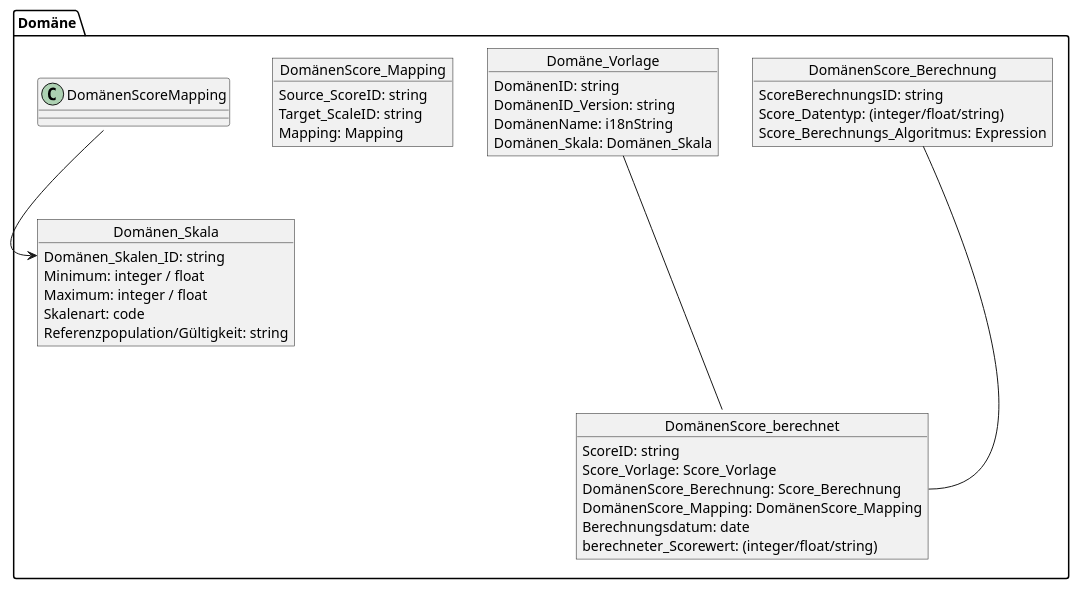
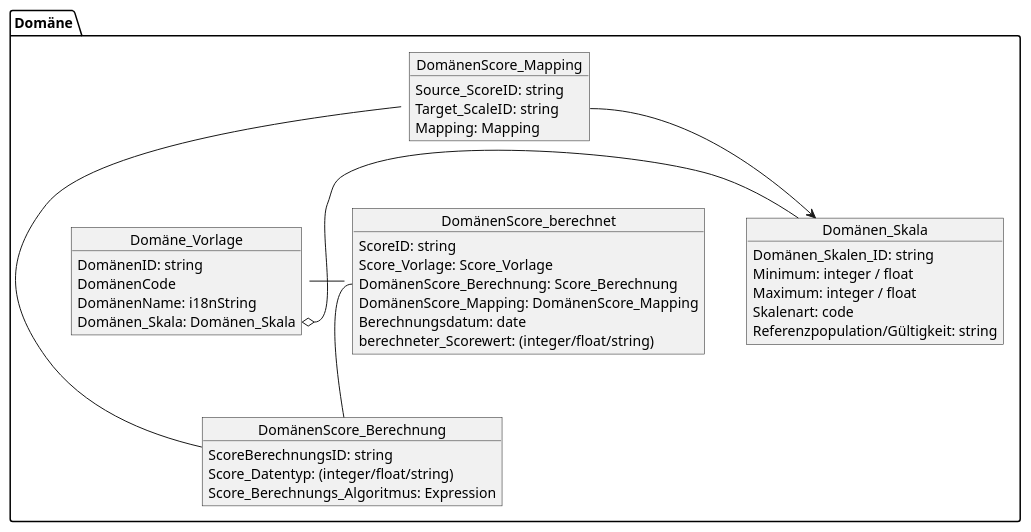
One commit to medizininformatik-initiative/kerndatensatzmodul-proms changed the diagram in input/Images/Logical_Model_UML_Domain.pu. Above: the diagram before and after it, drawn with PlantUML. The commit also changed other lines of this file and 3 other files, not shown here.

```diff
--- a/input/Images/Logical_Model_UML_Domain.pu
+++ b/input/Images/Logical_Model_UML_Domain.pu
@@ -1,44 +1,46 @@
-@startuml MII_PROMs_Fragebögen
+@startuml MII_PROMs_Domäne
 
 package Domäne {
     object Domäne_Vorlage {
         DomänenID: string
-        DomänenID_Version: string
+        DomänenCode
         DomänenName: i18nString
         Domänen_Skala: Domänen_Skala
     }
     object Domänen_Skala {
         Domänen_Skalen_ID: string
         Minimum: integer / float
         Maximum: integer / float
         Skalenart: code
         Referenzpopulation/Gültigkeit: string
-
     }
-
     object DomänenScore_berechnet {
         ScoreID: string
         Score_Vorlage: Score_Vorlage
         DomänenScore_Berechnung: Score_Berechnung
         DomänenScore_Mapping: DomänenScore_Mapping
         Berechnungsdatum: date
         berechneter_Scorewert: (integer/float/string)
     } 
     object DomänenScore_Berechnung {
         ScoreBerechnungsID: string
         Score_Datentyp: (integer/float/string)
         Score_Berechnungs_Algoritmus: Expression
     }
 
     object DomänenScore_Mapping {
         Source_ScoreID: string
         Target_ScaleID: string
         Mapping: Mapping 
     }
-    DomänenScoreMapping::Target_ScaleID --> Domänen_Skala::Domänen_Skalen_ID
+
+    Domäne_Vorlage::Domänen_Skala o-right- Domänen_Skala
+    DomänenScore_Mapping::Target_ScaleID --> Domänen_Skala
 
 }
-Domäne_Vorlage --- DomänenScore_berechnet
-DomänenScore_Berechnung --- DomänenScore_berechnet::DomänenScore_Berechnung
+
+Domäne_Vorlage -right-- DomänenScore_berechnet
+DomänenScore_Berechnung -up- DomänenScore_berechnet::DomänenScore_Berechnung
+DomänenScore_Berechnung -left- DomänenScore_Mapping 
 
 @enduml
```
